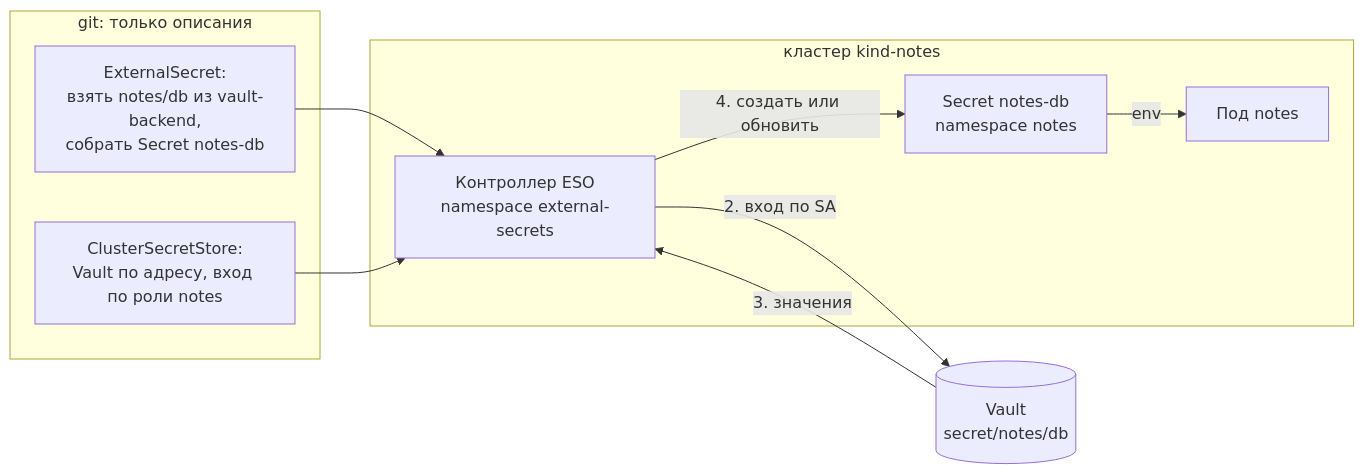
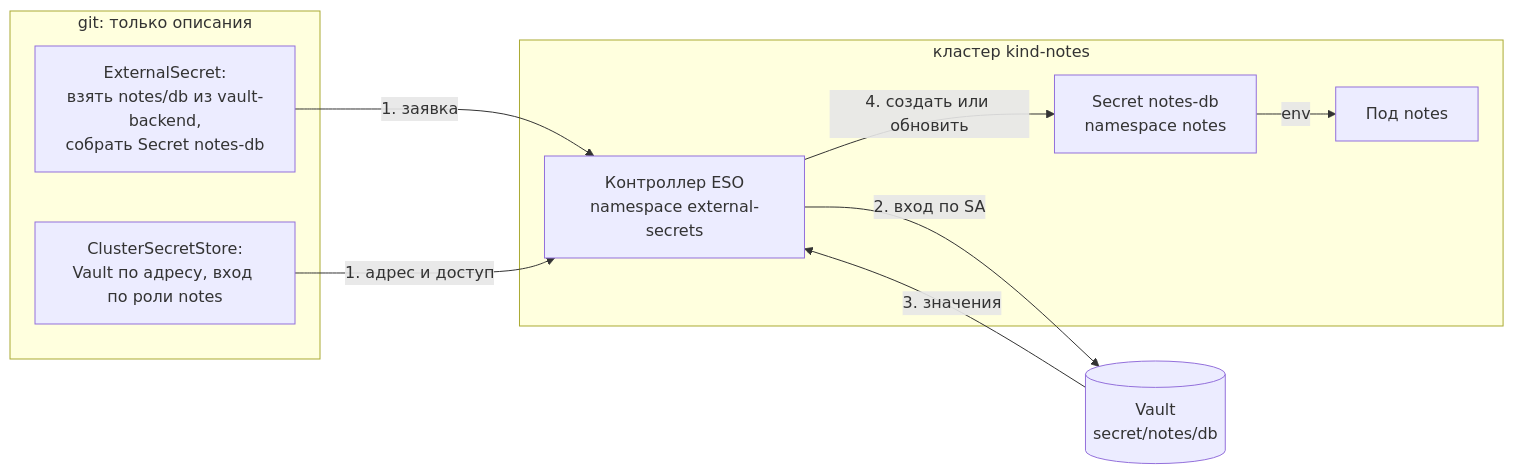
Before and after one commit to distinguished-sre/learning: the first of 4 diagrams in devops/09-secrets-gitops/02-vault-k8s-eso.md, drawn with Mermaid. The commit also changed other lines of this file and 462 other files, not shown here.

````diff
--- a/devops/09-secrets-gitops/02-vault-k8s-eso.md
+++ b/devops/09-secrets-gitops/02-vault-k8s-eso.md
@@ -39,19 +41,19 @@
 ```mermaid
 flowchart LR
     subgraph G["git: только описания"]
         ES["ExternalSecret:<br>взять notes/db из vault-backend,<br>собрать Secret notes-db"]
         CS["ClusterSecretStore:<br>Vault по адресу, вход по роли notes"]
     end
     subgraph K["кластер kind-notes"]
         C["Контроллер ESO<br>namespace external-secrets"]
         SEC["Secret notes-db<br>namespace notes"]
         POD["Под notes"]
     end
     V[("Vault<br>secret/notes/db")]
-    ES --> C
-    CS --> C
+    ES -->|"1. заявка"| C
+    CS -->|"1. адрес и доступ"| C
     C -->|"2. вход по SA"| V
     V -->|"3. значения"| C
     C -->|"4. создать или обновить"| SEC
     SEC -->|"env"| POD
 ```
````
